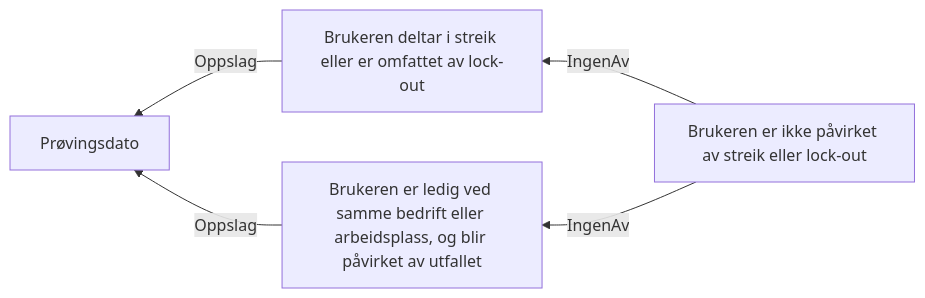
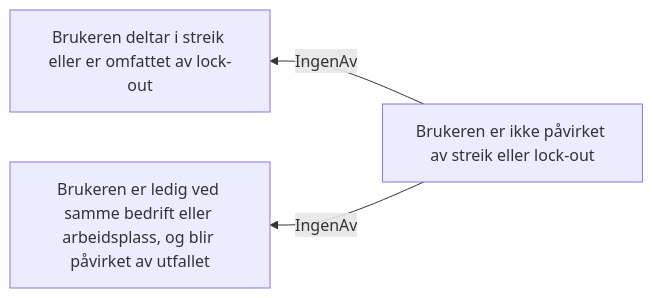
Before and after one commit to navikt/dp-behandling: the diagram in docs/regler/§ 4-22. Bortfall ved streik eller lockout.approved.md, drawn with Mermaid. The commit also changed 26 other files, not shown here.

````diff
--- a/docs/regler/§ 4-22. Bortfall ved streik eller lockout.approved.md
+++ b/docs/regler/§ 4-22. Bortfall ved streik eller lockout.approved.md
@@ -5,7 +5,5 @@
 ```mermaid
 graph RL
-  A["Brukeren deltar i streik eller er omfattet av lock-out"] -->|"Oppslag"| B["Prøvingsdato"]
-  C["Brukeren er ledig ved samme bedrift eller arbeidsplass, og blir påvirket av utfallet"] -->|"Oppslag"| B["Prøvingsdato"]
-  D["Brukeren er ikke påvirket av streik eller lock-out"] -->|"IngenAv"| A["Brukeren deltar i streik eller er omfattet av lock-out"]
-  D["Brukeren er ikke påvirket av streik eller lock-out"] -->|"IngenAv"| C["Brukeren er ledig ved samme bedrift eller arbeidsplass, og blir påvirket av utfallet"]
+  A["Brukeren er ikke påvirket av streik eller lock-out"] -->|"IngenAv"| B["Brukeren deltar i streik eller er omfattet av lock-out"]
+  A["Brukeren er ikke påvirket av streik eller lock-out"] -->|"IngenAv"| C["Brukeren er ledig ved samme bedrift eller arbeidsplass, og blir påvirket av utfallet"]
 ```
````
